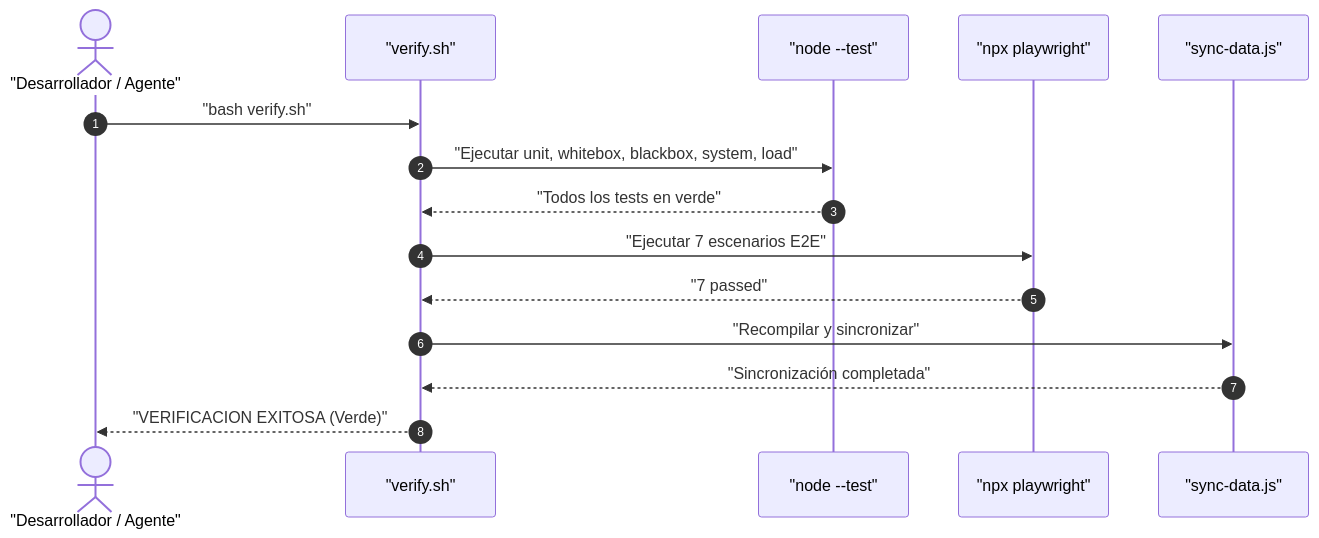
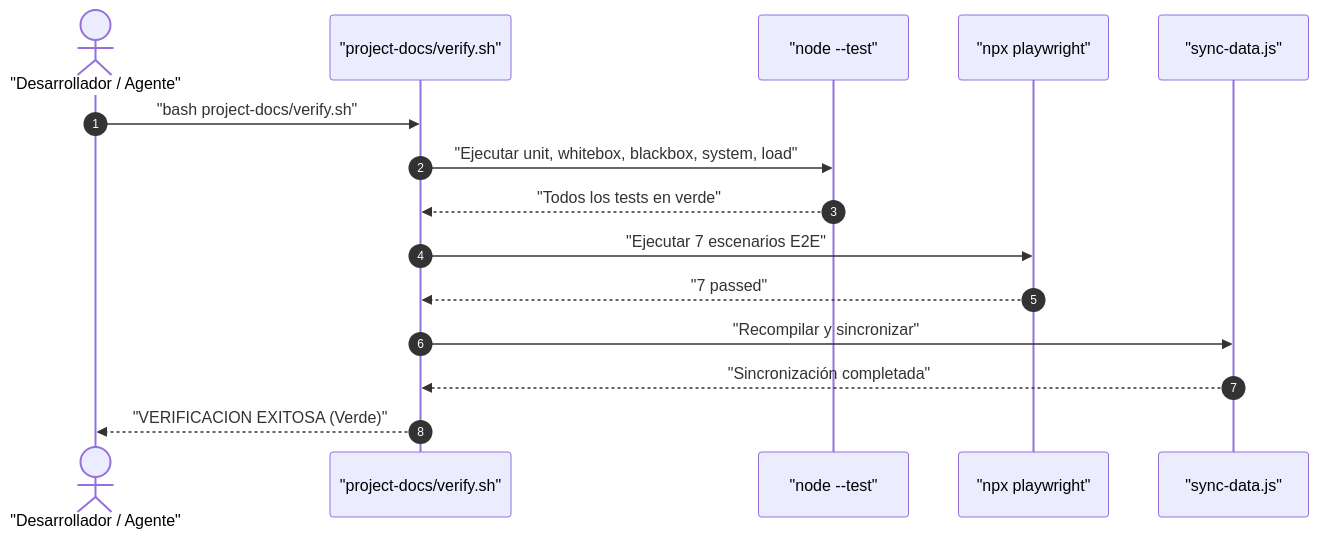
One commit to Nayid4/ContextForge changed the third of 6 diagrams in project-docs/knowledge/modules/testing-qa-suite/diagrams.md. Above: the diagram before and after it, drawn with Mermaid. The commit also changed other lines of this file and 106 other files, not shown here.

Commit message:
feat(harness): encapsulate specs, verify.sh and project-spec in project-docs

````diff
--- a/project-docs/knowledge/modules/testing-qa-suite/diagrams.md
+++ b/project-docs/knowledge/modules/testing-qa-suite/diagrams.md
@@ -58,18 +58,18 @@
 ```mermaid
 sequenceDiagram
   autonumber
   actor Dev as "Desarrollador / Agente"
-  participant Runner as "verify.sh"
+  participant Runner as "project-docs/verify.sh"
   participant Unit as "node --test"
   participant Playwright as "npx playwright"
   participant Sync as "sync-data.js"
 
-  Dev->>Runner: "bash verify.sh"
+  Dev->>Runner: "bash project-docs/verify.sh"
   Runner->>Unit: "Ejecutar unit, whitebox, blackbox, system, load"
   Unit-->>Runner: "Todos los tests en verde"
   Runner->>Playwright: "Ejecutar 7 escenarios E2E"
   Playwright-->>Runner: "7 passed"
   Runner->>Sync: "Recompilar y sincronizar"
   Sync-->>Runner: "Sincronización completada"
   Runner-->>Dev: "VERIFICACION EXITOSA (Verde)"
 ```
````
